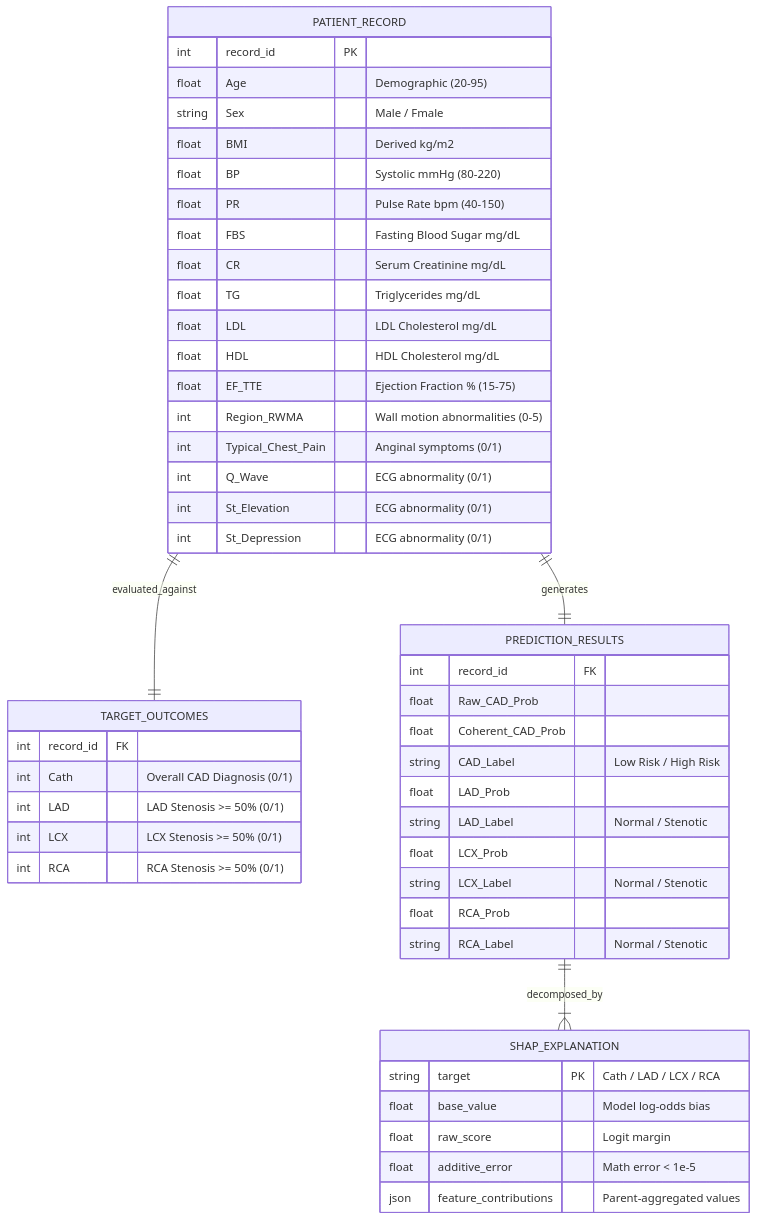
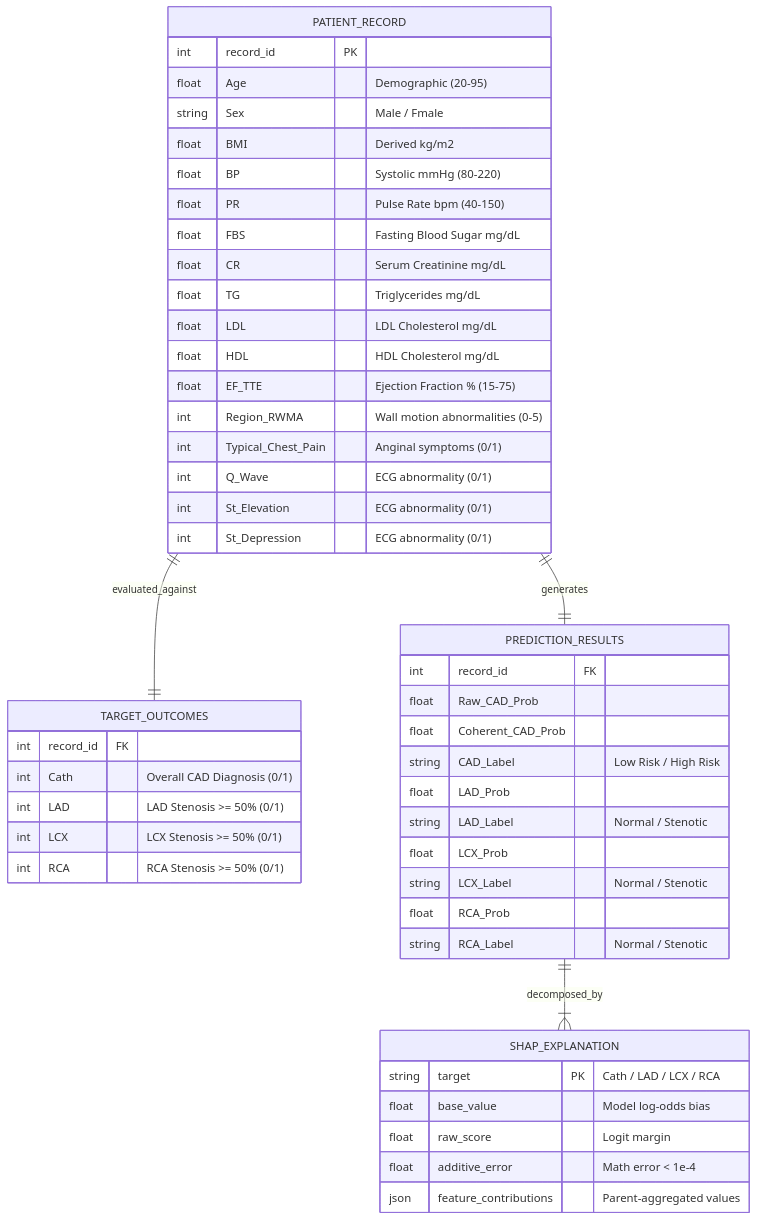
Before and after one commit to hackerabi2005/cad: the sixth of 6 diagrams in ARCHITECTURE.md, drawn with Mermaid. The commit also changed other lines of this file and 187 other files, not shown here.

````diff
--- a/ARCHITECTURE.md
+++ b/ARCHITECTURE.md
@@ -801,55 +774,55 @@
 ```mermaid
 erDiagram
     PATIENT_RECORD {
         int record_id PK
         float Age "Demographic (20-95)"
         string Sex "Male / Fmale"
         float BMI "Derived kg/m2"
         float BP "Systolic mmHg (80-220)"
         float PR "Pulse Rate bpm (40-150)"
         float FBS "Fasting Blood Sugar mg/dL"
         float CR "Serum Creatinine mg/dL"
         float TG "Triglycerides mg/dL"
         float LDL "LDL Cholesterol mg/dL"
         float HDL "HDL Cholesterol mg/dL"
         float EF_TTE "Ejection Fraction % (15-75)"
         int Region_RWMA "Wall motion abnormalities (0-5)"
         int Typical_Chest_Pain "Anginal symptoms (0/1)"
         int Q_Wave "ECG abnormality (0/1)"
         int St_Elevation "ECG abnormality (0/1)"
         int St_Depression "ECG abnormality (0/1)"
     }
 
     TARGET_OUTCOMES {
         int record_id FK
         int Cath "Overall CAD Diagnosis (0/1)"
         int LAD "LAD Stenosis >= 50% (0/1)"
         int LCX "LCX Stenosis >= 50% (0/1)"
         int RCA "RCA Stenosis >= 50% (0/1)"
     }
 
     PREDICTION_RESULTS {
         int record_id FK
         float Raw_CAD_Prob
         float Coherent_CAD_Prob
         string CAD_Label "Low Risk / High Risk"
         float LAD_Prob
         string LAD_Label "Normal / Stenotic"
         float LCX_Prob
         string LCX_Label "Normal / Stenotic"
         float RCA_Prob
         string RCA_Label "Normal / Stenotic"
     }
 
     SHAP_EXPLANATION {
         string target PK "Cath / LAD / LCX / RCA"
         float base_value "Model log-odds bias"
         float raw_score "Logit margin"
-        float additive_error "Math error < 1e-5"
+        float additive_error "Math error < 1e-4"
         json feature_contributions "Parent-aggregated values"
     }
 
     PATIENT_RECORD ||--|| TARGET_OUTCOMES : "evaluated_against"
     PATIENT_RECORD ||--|| PREDICTION_RESULTS : "generates"
     PREDICTION_RESULTS ||--|{ SHAP_EXPLANATION : "decomposed_by"
 ```
````
